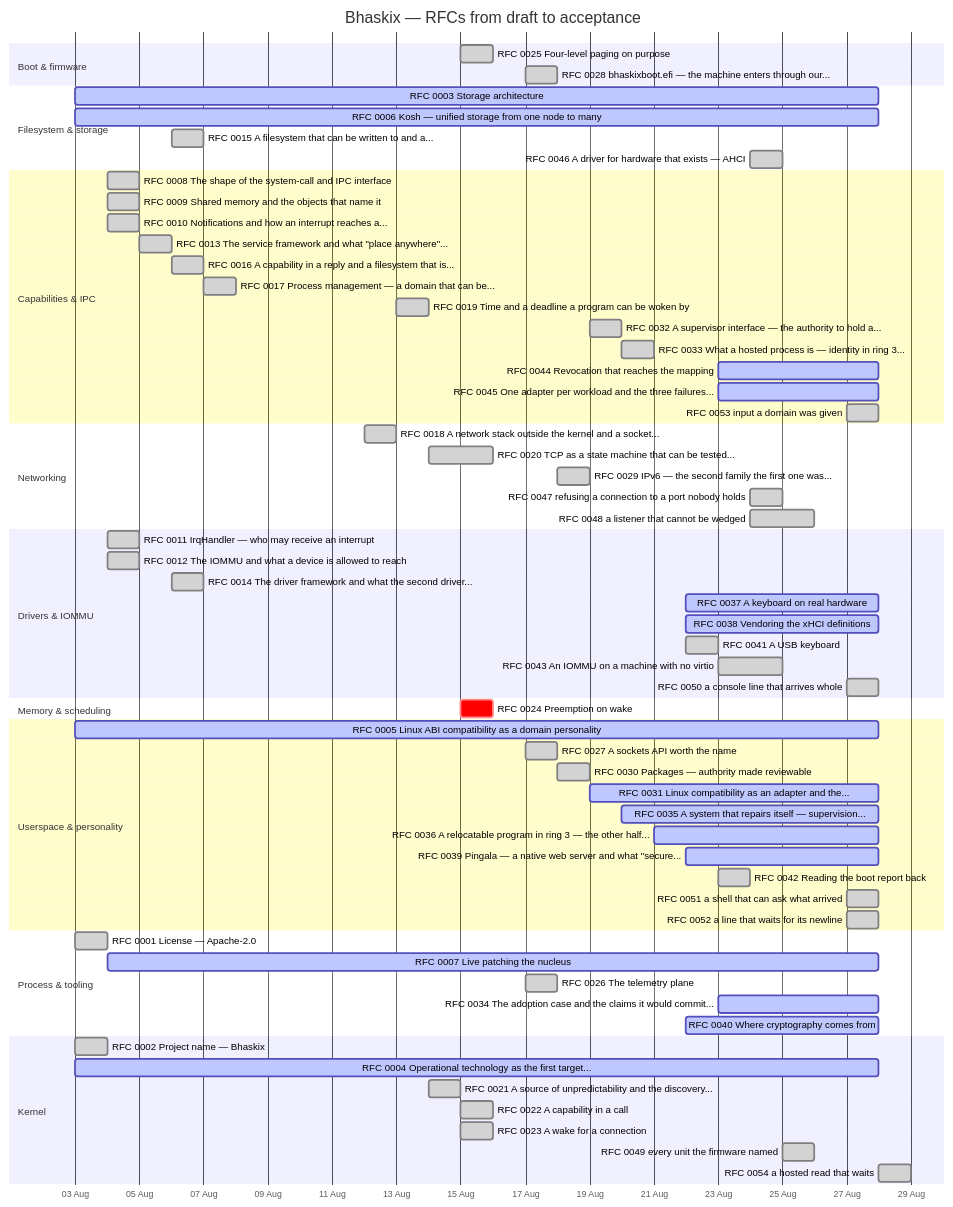
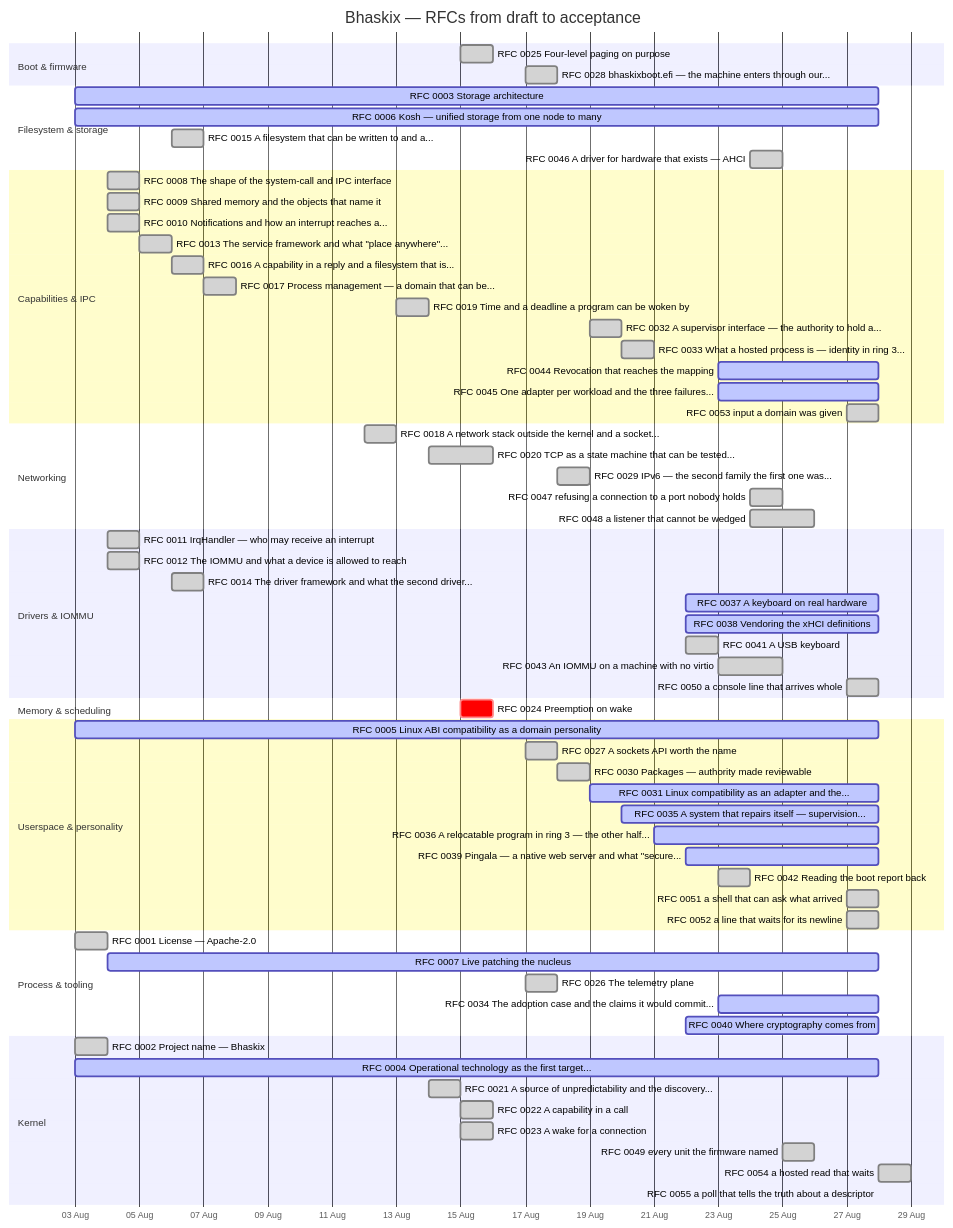
One commit to bhaskix/bhaskix changed the diagram in docs/progress.md. Above: the diagram before and after it, drawn with Mermaid. The commit also changed other lines of this file and 12 other files, not shown here.

````diff
--- a/docs/progress.md
+++ b/docs/progress.md
@@ -24,70 +24,71 @@
 ```mermaid
 gantt
     title Bhaskix — RFCs from draft to acceptance
     dateFormat YYYY-MM-DD
     axisFormat %d %b
     todayMarker off
     section Boot & firmware
     RFC 0025 Four-level paging on purpose :done, r0025, 2026-08-15, 2026-08-16
     RFC 0028 bhaskixboot.efi — the machine enters through our... :done, r0028, 2026-08-17, 2026-08-18
     section Filesystem & storage
     RFC 0003 Storage architecture :active, r0003, 2026-08-03, 2026-08-28
     RFC 0006 Kosh — unified storage from one node to many :active, r0006, 2026-08-03, 2026-08-28
     RFC 0015 A filesystem that can be written to and a... :done, r0015, 2026-08-06, 1d
     RFC 0046 A driver for hardware that exists — AHCI :done, r0046, 2026-08-24, 1d
     section Capabilities & IPC
     RFC 0008 The shape of the system-call and IPC interface :done, r0008, 2026-08-04, 1d
     RFC 0009 Shared memory and the objects that name it :done, r0009, 2026-08-04, 1d
     RFC 0010 Notifications and how an interrupt reaches a... :done, r0010, 2026-08-04, 1d
     RFC 0013 The service framework and what "place anywhere"... :done, r0013, 2026-08-05, 1d
     RFC 0016 A capability in a reply and a filesystem that is... :done, r0016, 2026-08-06, 2026-08-07
     RFC 0017 Process management — a domain that can be... :done, r0017, 2026-08-07, 1d
     RFC 0019 Time and a deadline a program can be woken by :done, r0019, 2026-08-13, 2026-08-14
     RFC 0032 A supervisor interface — the authority to hold a... :done, r0032, 2026-08-19, 2026-08-20
     RFC 0033 What a hosted process is — identity in ring 3... :done, r0033, 2026-08-20, 1d
     RFC 0044 Revocation that reaches the mapping :active, r0044, 2026-08-23, 2026-08-28
     RFC 0045 One adapter per workload and the three failures... :active, r0045, 2026-08-23, 2026-08-28
     RFC 0053 input a domain was given :done, r0053, 2026-08-27, 1d
     section Networking
     RFC 0018 A network stack outside the kernel and a socket... :done, r0018, 2026-08-12, 2026-08-13
     RFC 0020 TCP as a state machine that can be tested... :done, r0020, 2026-08-14, 2026-08-16
     RFC 0029 IPv6 — the second family the first one was... :done, r0029, 2026-08-18, 1d
     RFC 0047 refusing a connection to a port nobody holds :done, r0047, 2026-08-24, 1d
     RFC 0048 a listener that cannot be wedged :done, r0048, 2026-08-24, 2026-08-26
     section Drivers & IOMMU
     RFC 0011 IrqHandler — who may receive an interrupt :done, r0011, 2026-08-04, 1d
     RFC 0012 The IOMMU and what a device is allowed to reach :done, r0012, 2026-08-04, 1d
     RFC 0014 The driver framework and what the second driver... :done, r0014, 2026-08-06, 1d
     RFC 0037 A keyboard on real hardware :active, r0037, 2026-08-22, 2026-08-28
     RFC 0038 Vendoring the xHCI definitions :active, r0038, 2026-08-22, 2026-08-28
     RFC 0041 A USB keyboard :done, r0041, 2026-08-22, 2026-08-23
     RFC 0043 An IOMMU on a machine with no virtio :done, r0043, 2026-08-23, 2026-08-25
     RFC 0050 a console line that arrives whole :done, r0050, 2026-08-27, 1d
     section Memory & scheduling
     RFC 0024 Preemption on wake :crit, r0024, 2026-08-15, 1d
     section Userspace & personality
     RFC 0005 Linux ABI compatibility as a domain personality :active, r0005, 2026-08-03, 2026-08-28
     RFC 0027 A sockets API worth the name :done, r0027, 2026-08-17, 1d
     RFC 0030 Packages — authority made reviewable :done, r0030, 2026-08-18, 2026-08-19
     RFC 0031 Linux compatibility as an adapter and the... :active, r0031, 2026-08-19, 2026-08-28
     RFC 0035 A system that repairs itself — supervision... :active, r0035, 2026-08-20, 2026-08-28
     RFC 0036 A relocatable program in ring 3 — the other half... :active, r0036, 2026-08-21, 2026-08-28
     RFC 0039 Pingala — a native web server and what "secure... :active, r0039, 2026-08-22, 2026-08-28
     RFC 0042 Reading the boot report back :done, r0042, 2026-08-23, 1d
     RFC 0051 a shell that can ask what arrived :done, r0051, 2026-08-27, 1d
     RFC 0052 a line that waits for its newline :done, r0052, 2026-08-27, 1d
     section Process & tooling
     RFC 0001 License — Apache-2.0 :done, r0001, 2026-08-03, 1d
     RFC 0007 Live patching the nucleus :active, r0007, 2026-08-04, 2026-08-28
     RFC 0026 The telemetry plane :done, r0026, 2026-08-17, 1d
     RFC 0034 The adoption case and the claims it would commit... :active, r0034, 2026-08-23, 2026-08-28
     RFC 0040 Where cryptography comes from :active, r0040, 2026-08-22, 2026-08-28
     section Kernel
     RFC 0002 Project name — Bhaskix :done, r0002, 2026-08-03, 1d
     RFC 0004 Operational technology as the first target... :active, r0004, 2026-08-03, 2026-08-28
     RFC 0021 A source of unpredictability and the discovery... :done, r0021, 2026-08-14, 1d
     RFC 0022 A capability in a call :done, r0022, 2026-08-15, 2026-08-16
     RFC 0023 A wake for a connection :done, r0023, 2026-08-15, 2026-08-16
     RFC 0049 every unit the firmware named :done, r0049, 2026-08-25, 1d
     RFC 0054 a hosted read that waits :done, r0054, 2026-08-28, 1d
+    RFC 0055 a poll that tells the truth about a descriptor :active, r0055, 2026-08-28, 2026-08-28
 ```
````
